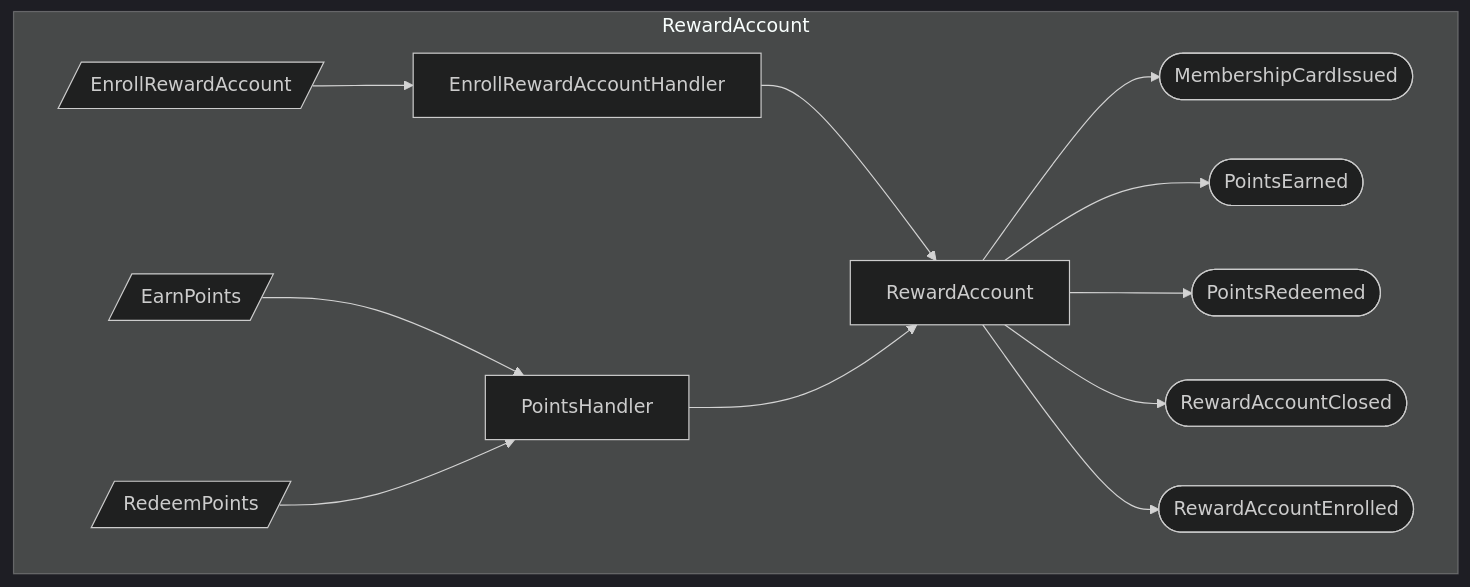
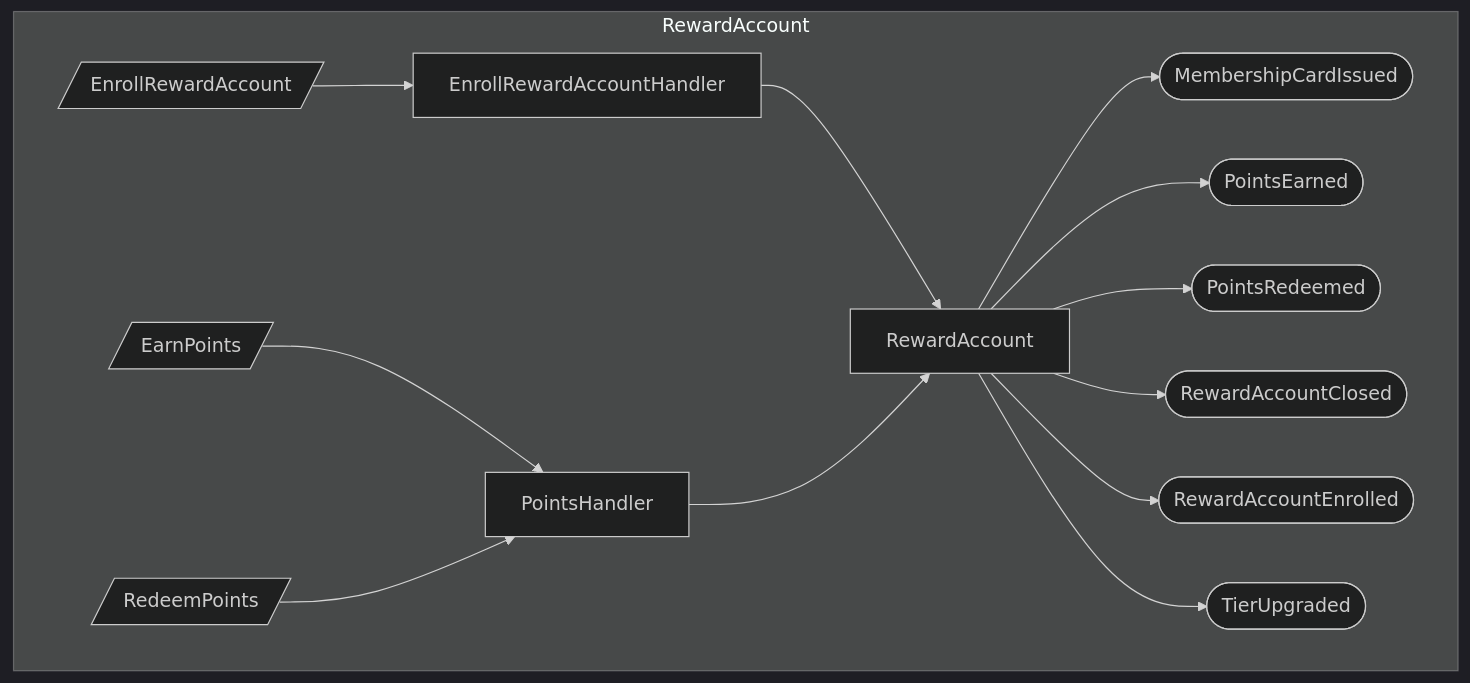
Before and after one commit to proteanhq/shopstream: the third of 4 diagrams in docs/loyalty/event-flows.md, drawn with Mermaid (dark theme). The commit also changed other lines of this file and 31 other files, not shown here.

````diff
--- a/docs/loyalty/event-flows.md
+++ b/docs/loyalty/event-flows.md
@@ -39,26 +39,28 @@
 ```mermaid
 flowchart TD
     subgraph loyalty_reward_reward_account_RewardAccount[RewardAccount]
         agg_loyalty_reward_reward_account_RewardAccount[RewardAccount]
         cmd_loyalty_reward_enrollment_EnrollRewardAccount[/EnrollRewardAccount/]
         cmd_loyalty_reward_points_EarnPoints[/EarnPoints/]
         cmd_loyalty_reward_points_RedeemPoints[/RedeemPoints/]
         evt_loyalty_reward_events_MembershipCardIssued([MembershipCardIssued])
         evt_loyalty_reward_events_PointsEarned([PointsEarned])
         evt_loyalty_reward_events_PointsRedeemed([PointsRedeemed])
         evt_loyalty_reward_events_RewardAccountClosed([RewardAccountClosed])
         evt_loyalty_reward_events_RewardAccountEnrolled([RewardAccountEnrolled])
+        evt_loyalty_reward_events_TierUpgraded([TierUpgraded])
         hdlr_loyalty_reward_enrollment_EnrollRewardAccountHandler[EnrollRewardAccountHandler]
         hdlr_loyalty_reward_points_PointsHandler[PointsHandler]
     end
     cmd_loyalty_reward_enrollment_EnrollRewardAccount --> hdlr_loyalty_reward_enrollment_EnrollRewardAccountHandler
     hdlr_loyalty_reward_enrollment_EnrollRewardAccountHandler --> agg_loyalty_reward_reward_account_RewardAccount
     cmd_loyalty_reward_points_EarnPoints --> hdlr_loyalty_reward_points_PointsHandler
     cmd_loyalty_reward_points_RedeemPoints --> hdlr_loyalty_reward_points_PointsHandler
     hdlr_loyalty_reward_points_PointsHandler --> agg_loyalty_reward_reward_account_RewardAccount
     agg_loyalty_reward_reward_account_RewardAccount --> evt_loyalty_reward_events_MembershipCardIssued
     agg_loyalty_reward_reward_account_RewardAccount --> evt_loyalty_reward_events_PointsEarned
     agg_loyalty_reward_reward_account_RewardAccount --> evt_loyalty_reward_events_PointsRedeemed
     agg_loyalty_reward_reward_account_RewardAccount --> evt_loyalty_reward_events_RewardAccountClosed
     agg_loyalty_reward_reward_account_RewardAccount --> evt_loyalty_reward_events_RewardAccountEnrolled
+    agg_loyalty_reward_reward_account_RewardAccount --> evt_loyalty_reward_events_TierUpgraded
 ```
````
